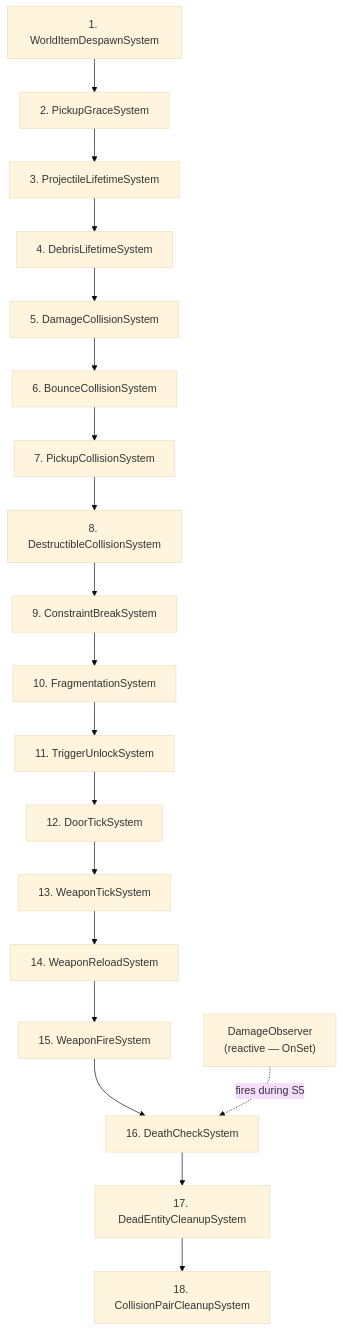
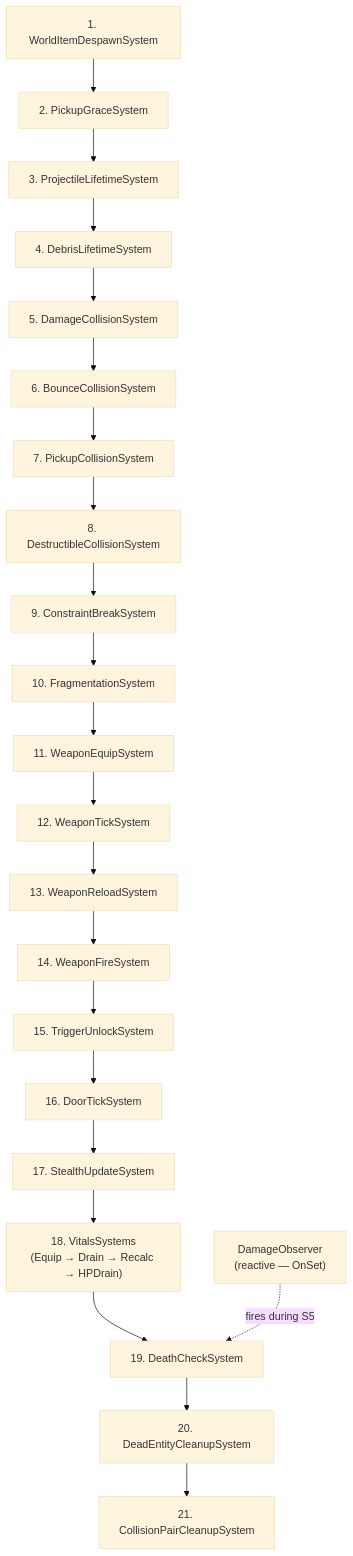
One commit to bluesteelll/FatumGame changed the diagram in docs/systems/system-execution-order.md. Above: the diagram before and after it, drawn with Mermaid (base theme). The commit also changed other lines of this file and 16 other files, not shown here.

````diff
--- a/docs/systems/system-execution-order.md
+++ b/docs/systems/system-execution-order.md
@@ -11,32 +11,36 @@
 ```mermaid
 graph TD
     DamageObs["DamageObserver<br/>(reactive — OnSet)"]
 
     S1["1. WorldItemDespawnSystem"]
     S2["2. PickupGraceSystem"]
     S3["3. ProjectileLifetimeSystem"]
     S4["4. DebrisLifetimeSystem"]
     S5["5. DamageCollisionSystem"]
     S6["6. BounceCollisionSystem"]
     S7["7. PickupCollisionSystem"]
     S8["8. DestructibleCollisionSystem"]
     S9["9. ConstraintBreakSystem"]
     S10["10. FragmentationSystem"]
-    S11["11. TriggerUnlockSystem"]
-    S12["12. DoorTickSystem"]
-    S13["13. WeaponTickSystem"]
-    S14["14. WeaponReloadSystem"]
-    S15["15. WeaponFireSystem"]
-    S16["16. DeathCheckSystem"]
-    S17["17. DeadEntityCleanupSystem"]
-    S18["18. CollisionPairCleanupSystem"]
+    S11["11. WeaponEquipSystem"]
+    S12["12. WeaponTickSystem"]
+    S13["13. WeaponReloadSystem"]
+    S14["14. WeaponFireSystem"]
+    S15["15. TriggerUnlockSystem"]
+    S16["16. DoorTickSystem"]
+    S17["17. StealthUpdateSystem"]
+    S18["18. VitalsSystems<br/>(Equip → Drain → Recalc → HPDrain)"]
+    S19["19. DeathCheckSystem"]
+    S20["20. DeadEntityCleanupSystem"]
+    S21["21. CollisionPairCleanupSystem"]
 
     S1 --> S2 --> S3 --> S4
     S4 --> S5 --> S6 --> S7 --> S8
     S8 --> S9 --> S10
-    S10 --> S11 --> S12
-    S12 --> S13 --> S14 --> S15
-    S15 --> S16 --> S17 --> S18
+    S10 --> S11 --> S12 --> S13 --> S14
+    S14 --> S15 --> S16
+    S16 --> S17 --> S18
+    S18 --> S19 --> S20 --> S21
 
-    DamageObs -.->|"fires during S5"| S16
+    DamageObs -.->|"fires during S5"| S19
 ```
````
